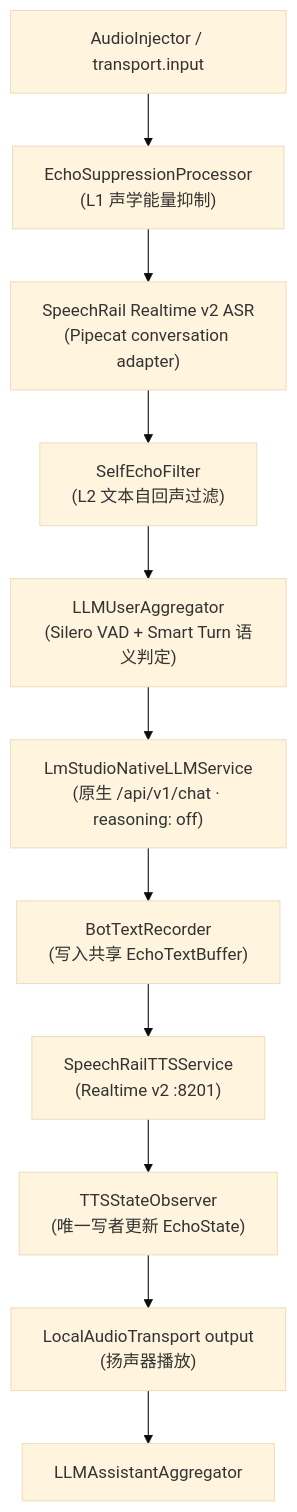
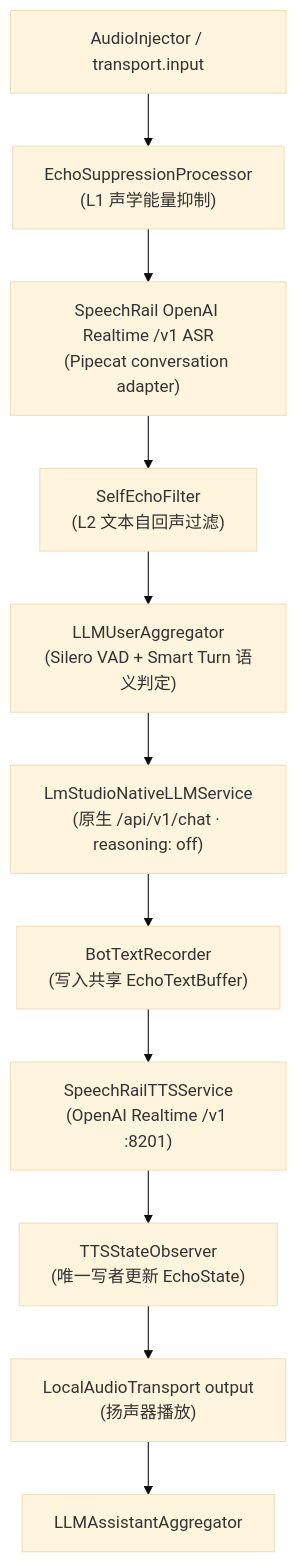
One commit to hrygo/voice-realtime changed the fifth of 13 diagrams in docs/architecture/系统总体架构与详细设计方案.md. Above: the diagram before and after it, drawn with Mermaid (base theme). The commit also changed other lines of this file and 394 other files, not shown here.

First line of the commit message:
refactor: rename project voice-realtime → sona, migrate SpeechRail to OpenAI /v1/realtime

````diff
--- a/docs/architecture/系统总体架构与详细设计方案.md
+++ b/docs/architecture/系统总体架构与详细设计方案.md
@@ -400,13 +400,13 @@
 ```mermaid
 flowchart TD
     INPUT["AudioInjector / transport.input"] --> L1_ECHO["EchoSuppressionProcessor<br/>(L1 声学能量抑制)"]
-    L1_ECHO --> STT["SpeechRail Realtime v2 ASR<br/>(Pipecat conversation adapter)"]
+    L1_ECHO --> STT["SpeechRail OpenAI Realtime /v1 ASR<br/>(Pipecat conversation adapter)"]
     STT --> L2_ECHO["SelfEchoFilter<br/>(L2 文本自回声过滤)"]
     L2_ECHO --> AGG_USER["LLMUserAggregator<br/>(Silero VAD + Smart Turn 语义判定)"]
     AGG_USER --> LLM["LmStudioNativeLLMService<br/>(原生 /api/v1/chat · reasoning: off)"]
     LLM --> REC["BotTextRecorder<br/>(写入共享 EchoTextBuffer)"]
-    REC --> TTS["SpeechRailTTSService<br/>(Realtime v2 :8201)"]
+    REC --> TTS["SpeechRailTTSService<br/>(OpenAI Realtime /v1 :8201)"]
     TTS --> OBS["TTSStateObserver<br/>(唯一写者更新 EchoState)"]
     OBS --> OUTPUT["LocalAudioTransport output<br/>(扬声器播放)"]
     OUTPUT --> AGG_ASST["LLMAssistantAggregator"]
 ```
````
